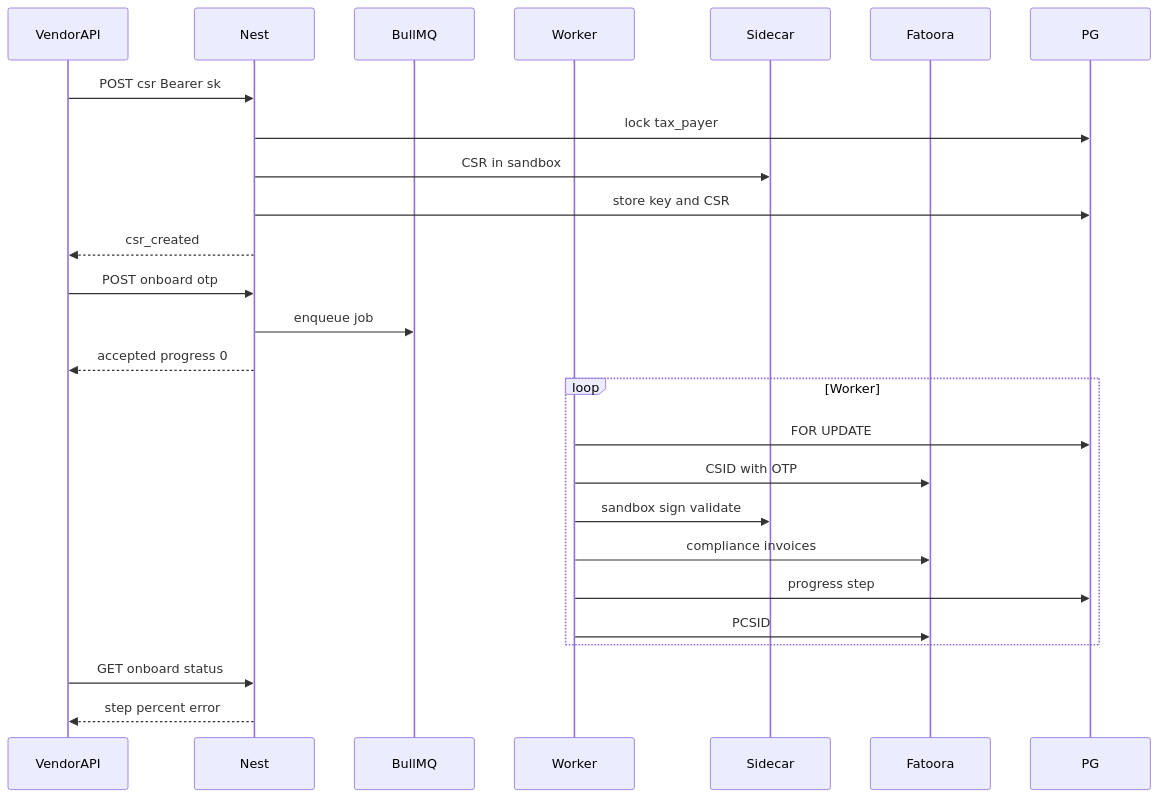
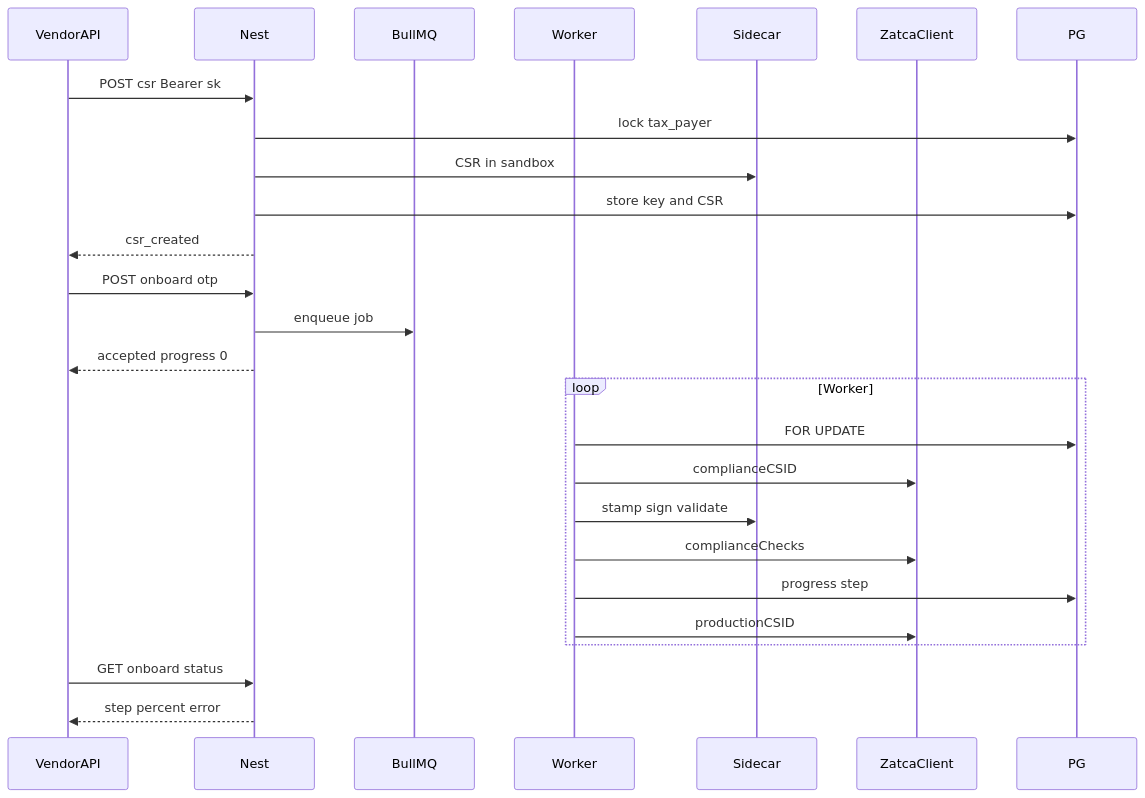
Before and after one commit to anter0101/zatca-gateway-public: the second of 2 diagrams in plan/phase-three.md, drawn with Mermaid. The commit also changed other lines of this file and 11 other files, not shown here.

````diff
--- a/plan/phase-three.md
+++ b/plan/phase-three.md
@@ -18,32 +356,32 @@
 ```mermaid
 sequenceDiagram
   participant ERP as VendorAPI
   participant Nest
   participant Queue as BullMQ
   participant Worker
   participant Sidecar
-  participant Fatoora
+  participant Client as ZatcaClient
   participant PG
 
   ERP->>Nest: POST csr Bearer sk
   Nest->>PG: lock tax_payer
   Nest->>Sidecar: CSR in sandbox
   Nest->>PG: store key and CSR
   Nest-->>ERP: csr_created
 
   ERP->>Nest: POST onboard otp
   Nest->>Queue: enqueue job
   Nest-->>ERP: accepted progress 0
 
   loop Worker
     Worker->>PG: FOR UPDATE
-    Worker->>Fatoora: CSID with OTP
-    Worker->>Sidecar: sandbox sign validate
-    Worker->>Fatoora: compliance invoices
+    Worker->>Client: complianceCSID
+    Worker->>Sidecar: stamp sign validate
+    Worker->>Client: complianceChecks
     Worker->>PG: progress step
-    Worker->>Fatoora: PCSID
+    Worker->>Client: productionCSID
   end
 
   ERP->>Nest: GET onboard status
   Nest-->>ERP: step percent error
 ```
````
